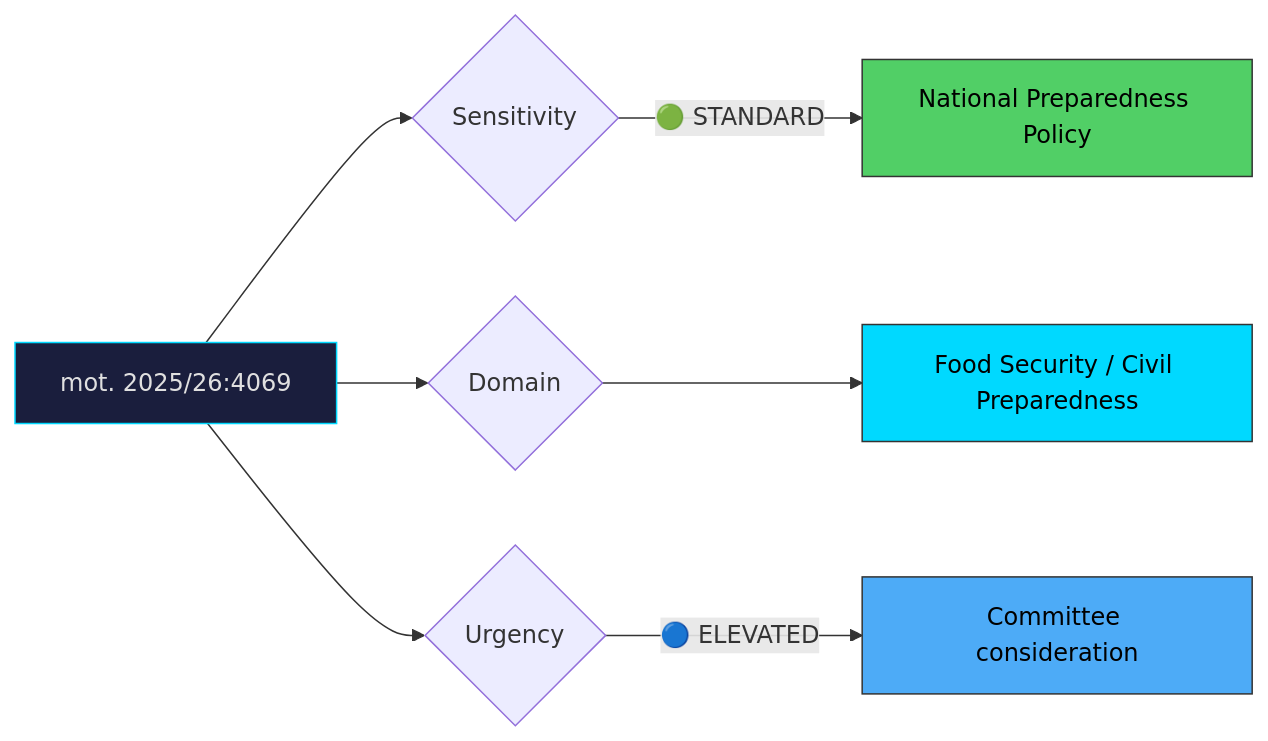
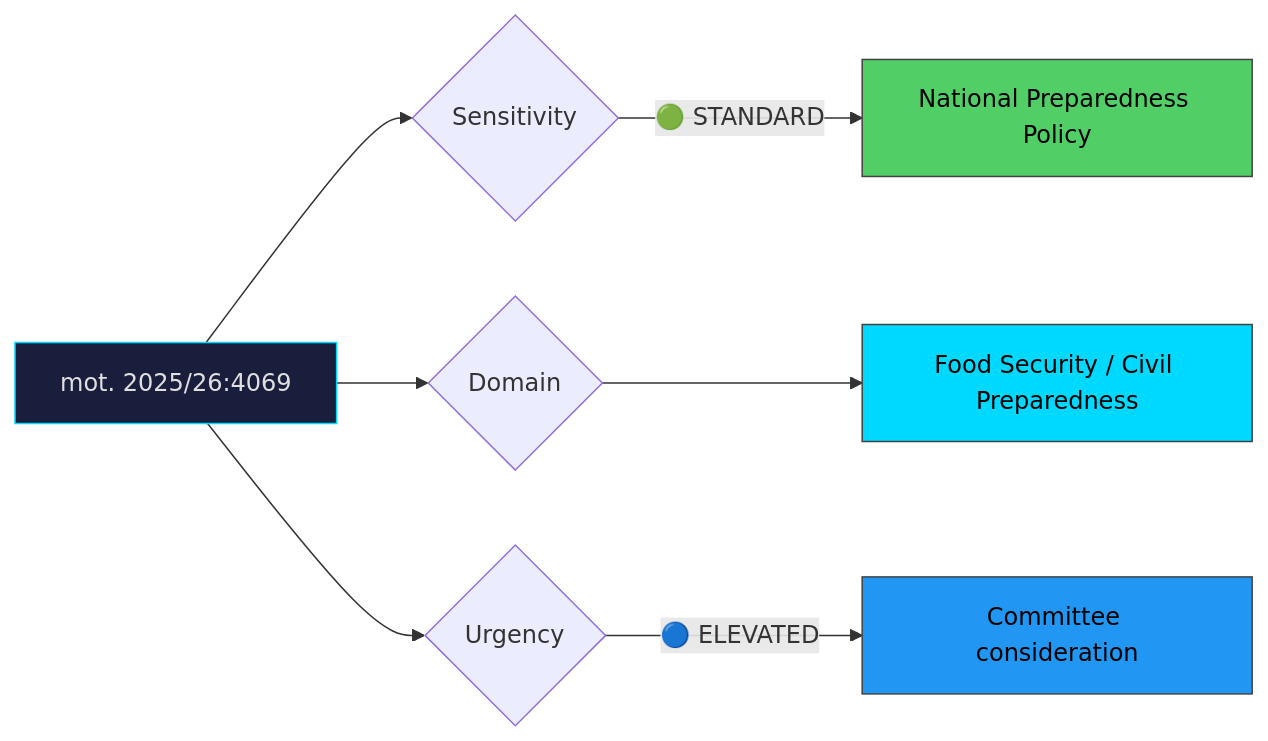
One commit to Hack23/riksdagsmonitor changed the diagram in analysis/daily/2026-04-10/motions/documents/hd024069-analysis.md. Above: the diagram before and after it, drawn with Mermaid. The commit also changed 785 other files, not shown here.

First line of the commit message:
Normalize mermaid colors across 786 analysis artifacts to ISMS Style Guide palette

````diff
--- a/analysis/daily/2026-04-10/motions/documents/hd024069-analysis.md
+++ b/analysis/daily/2026-04-10/motions/documents/hd024069-analysis.md
@@ -22,13 +22,13 @@
 ```mermaid
 graph LR
     A["mot. 2025/26:4069"] --> B{Sensitivity}
     B -->|"🟢 STANDARD"| C["National Preparedness Policy"]
     A --> D{Domain}
     D --> E["Food Security / Civil Preparedness"]
     A --> F{Urgency}
     F -->|"🔵 ELEVATED"| G["Committee consideration"]
     style A fill:#1a1e3d,stroke:#00d9ff,color:#e0e0e0
-    style C fill:#51cf66,stroke:#333,color:#000
-    style E fill:#00d9ff,stroke:#333,color:#000
-    style G fill:#4dabf7,stroke:#333,color:#000
+    style C fill:#51cf66,stroke:#424242,color:#000000
+    style E fill:#00d9ff,stroke:#424242,color:#000000
+    style G fill:#2196F3,stroke:#424242,color:#000000
 ```
````
